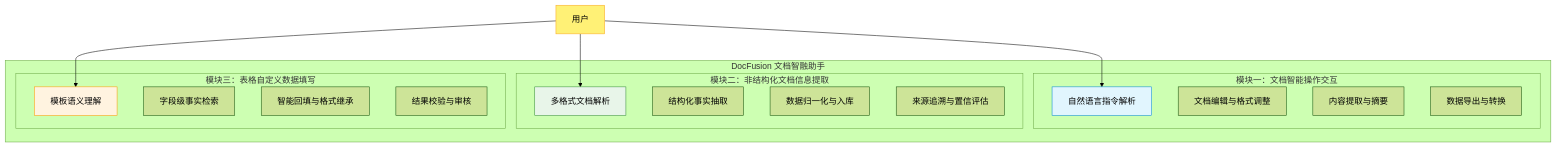
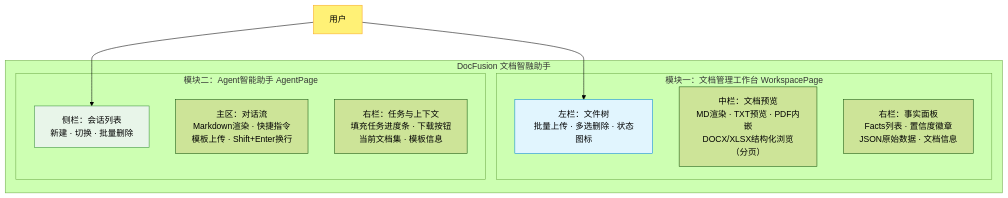
The fifth of 5 diagrams in 项目文档资料/项目详细方案.md (GGB0ND132/DocFusion-Copilot), drawn with Mermaid (forest theme) before and after one commit. The commit also changed other lines of this file and 24 other files, not shown here.

````diff
--- a/项目文档资料/项目详细方案.md
+++ b/项目文档资料/项目详细方案.md
@@ -335,34 +695,23 @@
 ```mermaid
 graph TB
     subgraph "DocFusion 文档智融助手"
-        subgraph "模块一：文档智能操作交互"
-            M1A[自然语言指令解析]
-            M1B[文档编辑与格式调整]
-            M1C[内容提取与摘要]
-            M1D[数据导出与转换]
+        subgraph "模块一：文档管理工作台 WorkspacePage"
+            M1A["左栏：文件树<br/>批量上传 · 多选删除 · 状态图标"]
+            M1B["中栏：文档预览<br/>MD渲染 · TXT预览 · PDF内嵌<br/>DOCX/XLSX结构化浏览（分页）"]
+            M1C["右栏：事实面板<br/>Facts列表 · 置信度徽章<br/>JSON原始数据 · 文档信息"]
         end
 
-        subgraph "模块二：非结构化文档信息提取"
-            M2A[多格式文档解析]
-            M2B[结构化事实抽取]
-            M2C[数据归一化与入库]
-            M2D[来源追溯与置信评估]
-        end
-
-        subgraph "模块三：表格自定义数据填写"
-            M3A[模板语义理解]
-            M3B[字段级事实检索]
-            M3C[智能回填与格式继承]
-            M3D[结果校验与审核]
+        subgraph "模块二：Agent智能助手 AgentPage"
+            M2A["侧栏：会话列表<br/>新建 · 切换 · 批量删除"]
+            M2B["主区：对话流<br/>Markdown渲染 · 快捷指令<br/>模板上传 · Shift+Enter换行"]
+            M2C["右栏：任务与上下文<br/>填充任务进度条 · 下载按钮<br/>当前文档集 · 模板信息"]
         end
     end
 
     User[用户] --> M1A
     User --> M2A
-    User --> M3A
 
     style User fill:#FFF176,stroke:#F9A825
     style M1A fill:#E1F5FE,stroke:#0288D1
     style M2A fill:#E8F5E9,stroke:#388E3C
-    style M3A fill:#FFF3E0,stroke:#FF9800
 ```
````
